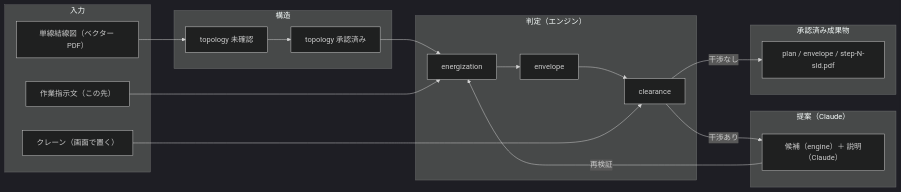
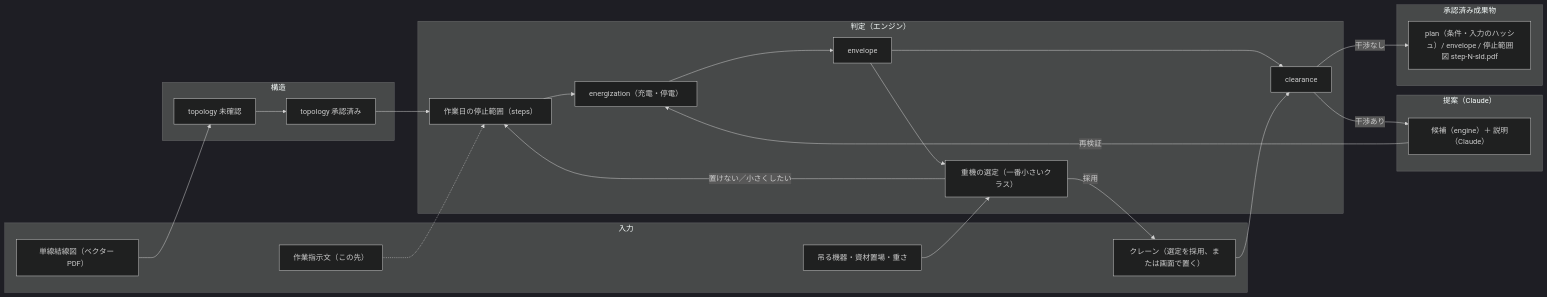
Before and after one commit to Daxion1578/Minimum-Approach-Area-Indicator: the first of 2 diagrams in docs/architecture.md, drawn with Mermaid (dark theme). The commit also changed other lines of this file and 11 other files, not shown here.

Commit message:
README・台本・仕様・仕組み図・画面写真を、作業日の停止範囲と重機の選定の流れに合わせる。状況: 話し合ったゴールまで完了

````diff
--- a/docs/architecture.md
+++ b/docs/architecture.md
@@ -9,26 +9,31 @@
 ```mermaid
 flowchart LR
   subgraph IN["入力"]
     PDF["単線結線図（ベクター PDF）"]
     TXT["作業指示文（この先）"]
-    MACH["クレーン（画面で置く）"]
+    LIFT["吊る機器・資材置場・重さ"]
+    MACH["クレーン（選定を採用、または画面で置く）"]
   end
   subgraph ST["構造"]
     T0["topology 未確認"] --> T1["topology 承認済み"]
   end
   subgraph JD["判定（エンジン）"]
-    EN["energization"] --> EV["envelope"] --> IF["clearance"]
+    SC["作業日の停止範囲（steps）"] --> EN["energization（充電・停電）"] --> EV["envelope"] --> IF["clearance"]
+    EV --> SEL["重機の選定（一番小さいクラス）"]
   end
   subgraph PR["提案（Claude）"]
     PP["候補（engine）＋ 説明（Claude）"]
   end
   subgraph OUT["承認済み成果物"]
-    AP["plan / envelope / step-N-sld.pdf"]
+    AP["plan（条件・入力のハッシュ）/ envelope / 停止範囲図 step-N-sld.pdf"]
   end
   PDF --> T0
-  T1 --> EN
-  TXT --> EN
+  T1 --> SC
+  TXT -.-> SC
+  LIFT --> SEL
+  SEL -- 採用 --> MACH
+  SEL -- 置けない／小さくしたい --> SC
   MACH --> IF
   IF -- 干渉あり --> PP -- 再検証 --> EN
   IF -- 干渉なし --> AP
 ```
````
